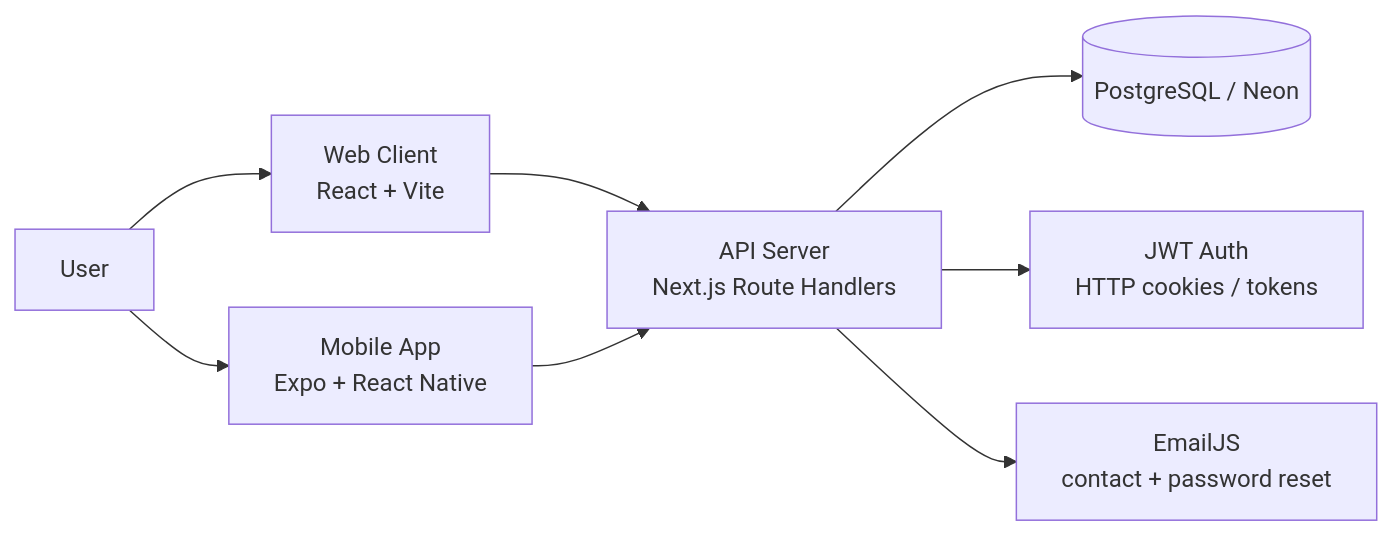
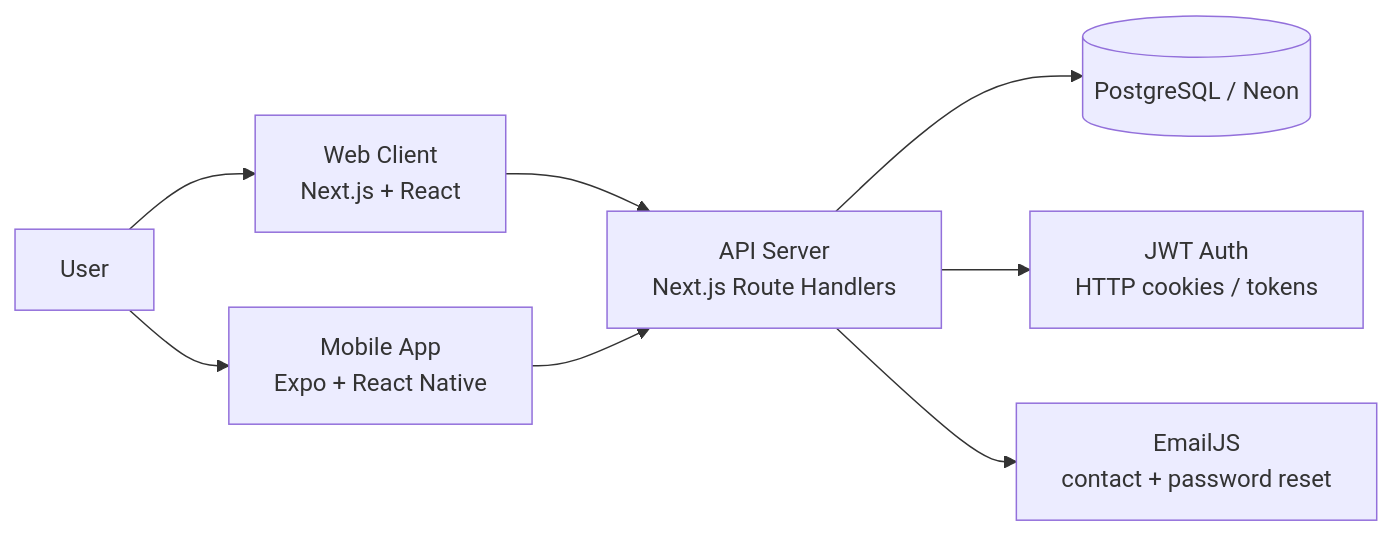
Before and after one commit to Martin322s/fit-life-project: the first of 2 diagrams in README.md, drawn with Mermaid. The commit also changed other lines of this file and 4 other files, not shown here.

Commit message:
docs: update documentation for backup system, deployment guide, and README files to reflect recent architecture changes and clarify usage

````diff
--- a/README.md
+++ b/README.md
@@ -30,10 +30,10 @@
 ```mermaid
 flowchart LR
-  User[User] --> Web[Web Client<br/>React + Vite]
+  User[User] --> Web[Web Client<br/>Next.js + React]
   User --> Mobile[Mobile App<br/>Expo + React Native]
   Web --> API[API Server<br/>Next.js Route Handlers]
   Mobile --> API
   API --> DB[(PostgreSQL / Neon)]
   API --> Auth[JWT Auth<br/>HTTP cookies / tokens]
   API --> Email[EmailJS<br/>contact + password reset]
 ```
````
